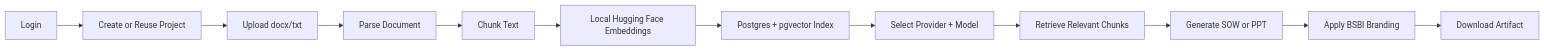
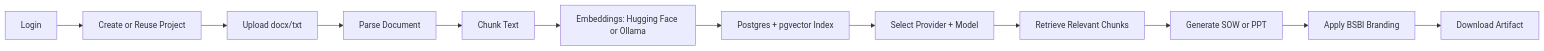
Before and after one commit to pawankumar1415/document-intelligence-platform: the diagram in README.md, drawn with Mermaid. The commit also changed other lines of this file and 3 other files, not shown here.

````diff
--- a/README.md
+++ b/README.md
@@ -15,14 +15,14 @@
 ```mermaid
 flowchart LR
     A[Login] --> B[Create or Reuse Project]
     B --> C[Upload docx/txt]
     C --> D[Parse Document]
     D --> E[Chunk Text]
-    E --> F[Local Hugging Face Embeddings]
+    E --> F[Embeddings: Hugging Face or Ollama]
     F --> G[Postgres + pgvector Index]
     G --> H[Select Provider + Model]
     H --> I[Retrieve Relevant Chunks]
     I --> J[Generate SOW or PPT]
     J --> K[Apply BSBI Branding]
     K --> L[Download Artifact]
 ```
````
